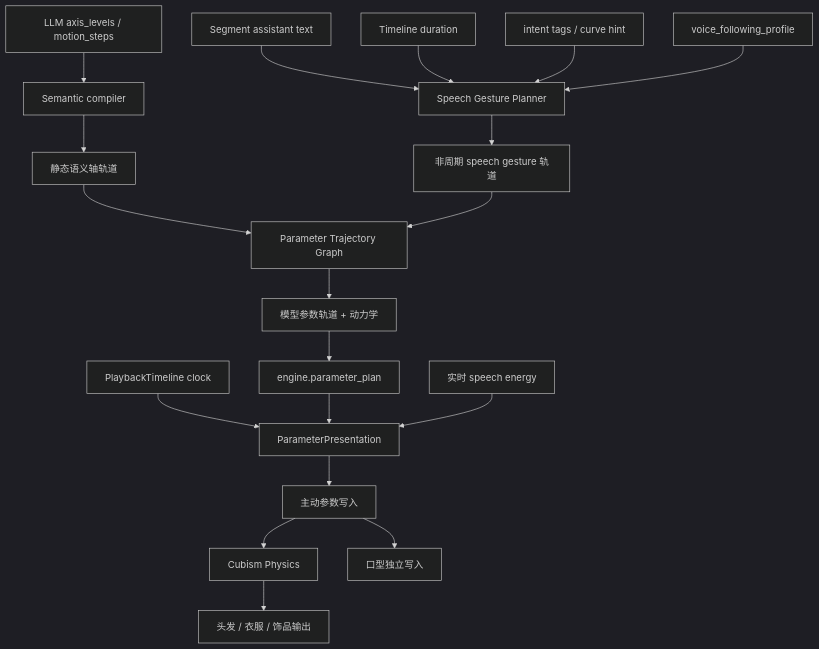
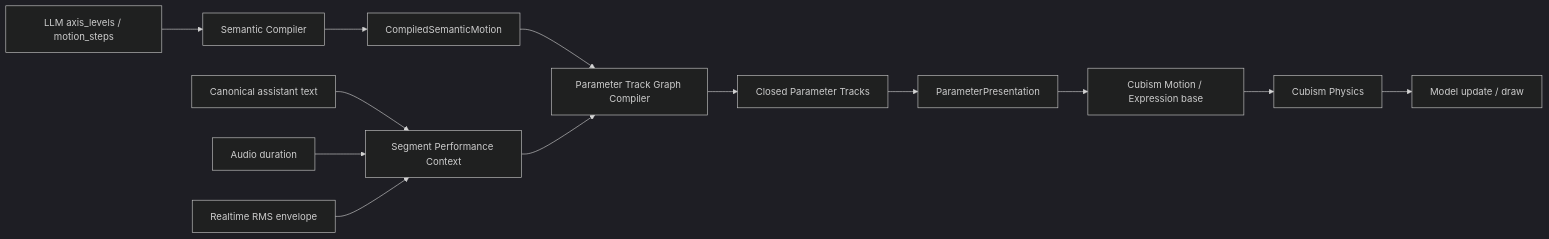
The diagram in docs/02-设计文档/15-动作表现优化实施方案.md (murphys7017/AG99live), drawn with Mermaid (dark theme) before and after one commit. The commit also changed other lines of this file and 24 other files, not shown here.

Commit message:
docs: align runtime architecture and motion roadmap

````diff
--- a/docs/02-设计文档/15-动作表现优化实施方案.md
+++ b/docs/02-设计文档/15-动作表现优化实施方案.md
@@ -109,24 +69,15 @@
 ```mermaid
-flowchart TD
-    A[LLM axis_levels / motion_steps] --> B[Semantic compiler]
-    B --> C[静态语义轴轨道]
-
-    T[Segment assistant text] --> S[Speech Gesture Planner]
-    D[Timeline duration] --> S
-    E[intent tags / curve hint] --> S
-    F[voice_following_profile] --> S
-    S --> G[非周期 speech gesture 轨道]
-
-    C --> H[Parameter Trajectory Graph]
-    G --> H
-    H --> I[模型参数轨道 + 动力学]
-    I --> J[engine.parameter_plan]
-
-    K[PlaybackTimeline clock] --> L[ParameterPresentation]
-    J --> L
-    M[实时 speech energy] --> L
-    L --> N[主动参数写入]
-    N --> O[Cubism Physics]
-    O --> P[头发 / 衣服 / 饰品输出]
-    N --> Q[口型独立写入]
+flowchart LR
+    A[LLM axis_levels / motion_steps] --> B[Semantic Compiler]
+    B --> C[CompiledSemanticMotion]
+    D[Canonical assistant text] --> E[Segment Performance Context]
+    F[Audio duration] --> E
+    G[Realtime RMS envelope] --> E
+    C --> H[Parameter Track Graph Compiler]
+    E --> H
+    H --> I[Closed Parameter Tracks]
+    I --> J[ParameterPresentation]
+    J --> K[Cubism Motion / Expression base]
+    K --> L[Cubism Physics]
+    L --> M[Model update / draw]
 ```
````
